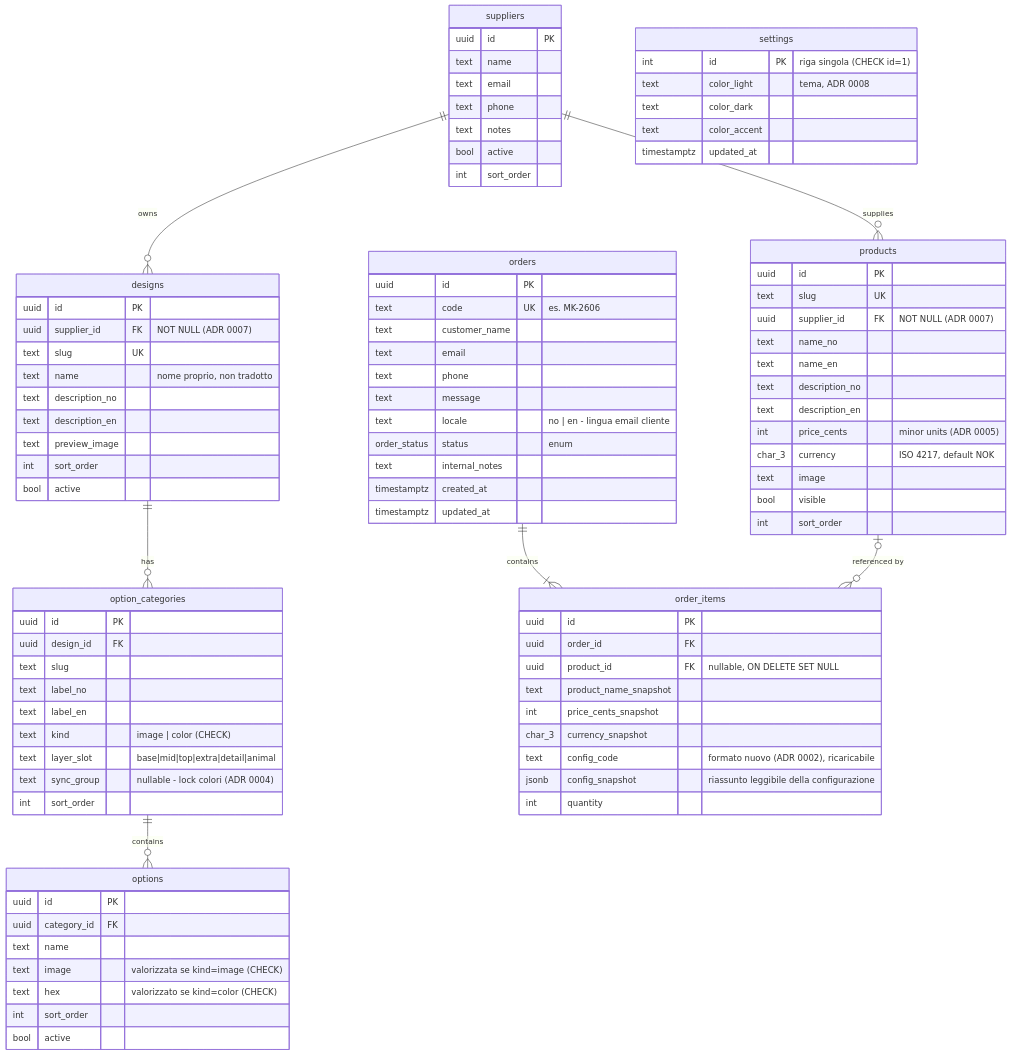
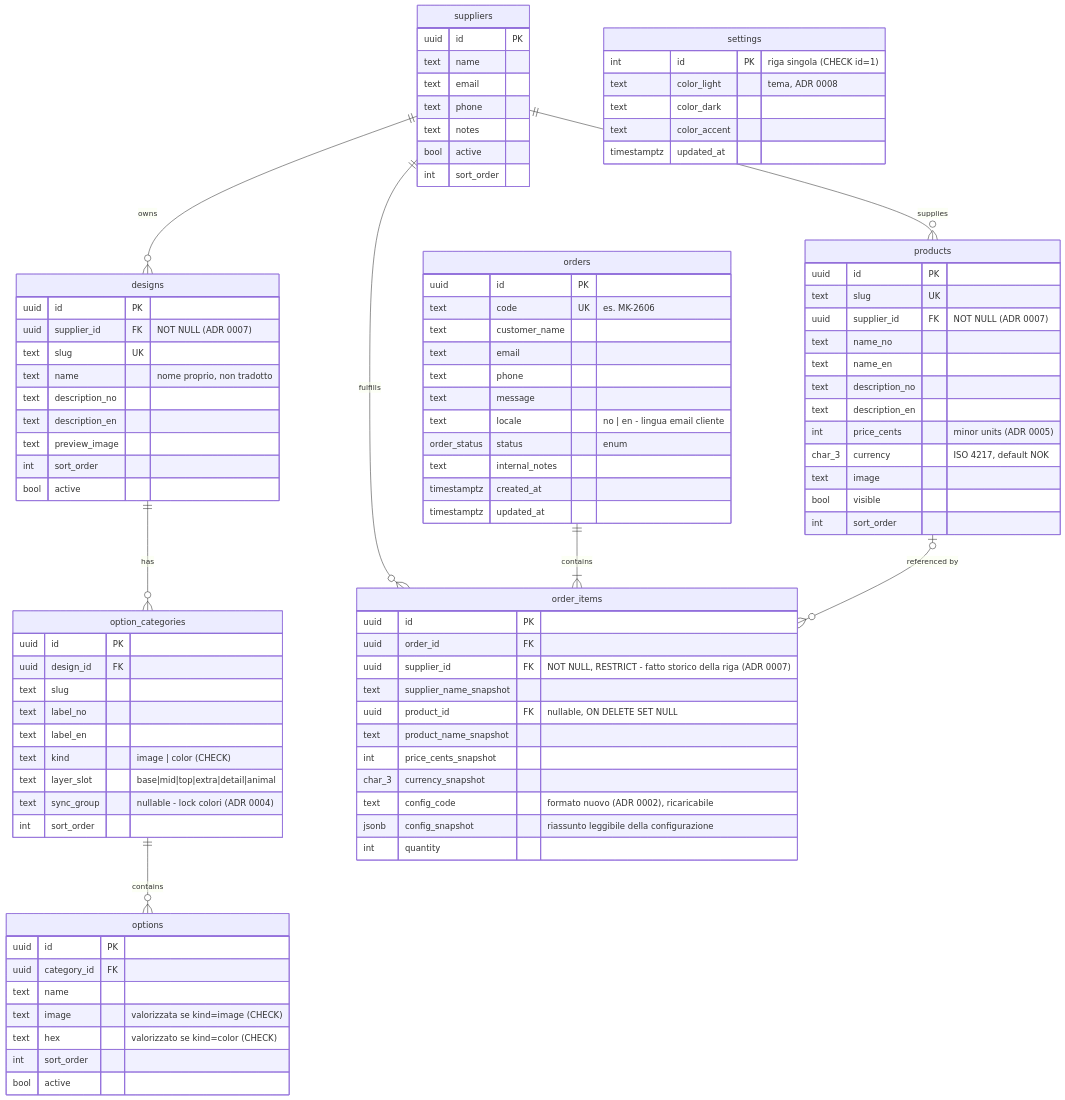
The diagram in docs/adr/schema-er.md (minkeramikk/minkeramikk), drawn with Mermaid before and after one commit. The commit also changed other lines of this file and 1 other file, not shown here.

First line of the commit message:
docs(schema): order_items.supplier_id as first-class historical fact

```diff
--- a/docs/adr/schema-er.md
+++ b/docs/adr/schema-er.md
@@ -12,6 +12,7 @@
     designs ||--o{ option_categories : "has"
     option_categories ||--o{ options : "contains"
     suppliers ||--o{ products : "supplies"
+    suppliers ||--o{ order_items : "fulfills"
     orders ||--|{ order_items : "contains"
     products o|--o{ order_items : "referenced by"
 
@@ -99,6 +100,8 @@
     order_items {
         uuid id PK
         uuid order_id FK
+        uuid supplier_id FK "NOT NULL, RESTRICT - fatto storico della riga (ADR 0007)"
+        text supplier_name_snapshot
         uuid product_id FK "nullable, ON DELETE SET NULL"
         text product_name_snapshot
         int price_cents_snapshot
```
